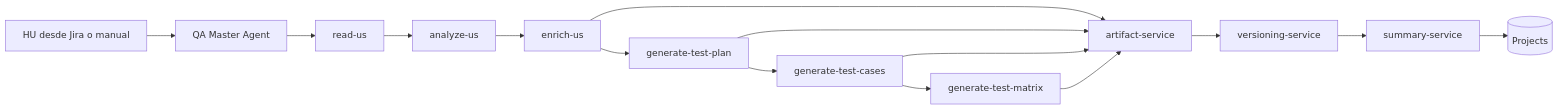
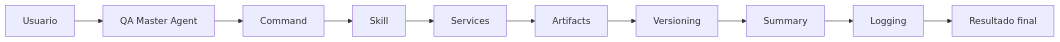
The first of 3 diagrams in AGENT-QA/docs/workflow.md (kattyut/Nexus-CRM), drawn with Mermaid before and after one commit. The commit also changed other lines of this file and 390 other files, not shown here.

````diff
--- a/AGENT-QA/docs/workflow.md
+++ b/AGENT-QA/docs/workflow.md
@@ -5,37 +5,23 @@
 ```mermaid
 flowchart LR
-
-    A[HU desde Jira o manual]
+    A[Usuario]
     B[QA Master Agent]
-    C[read-us]
-    D[analyze-us]
-    E[enrich-us]
-    F[generate-test-plan]
-    G[generate-test-cases]
-    H[generate-test-matrix]
-
-    I[artifact-service]
-    J[versioning-service]
-    K[summary-service]
-
-    L[(Projects)]
+    C[Command]
+    D[Skill]
+    E[Services]
+    F[Artifacts]
+    G[Versioning]
+    H[Summary]
+    I[Logging]
+    J[Resultado final]
 
     A --> B
-
     B --> C
     C --> D
     D --> E
     E --> F
     F --> G
     G --> H
-
-    E --> I
-    F --> I
-    G --> I
     H --> I
-
     I --> J
-    J --> K
-
-    K --> L
 ```
````
